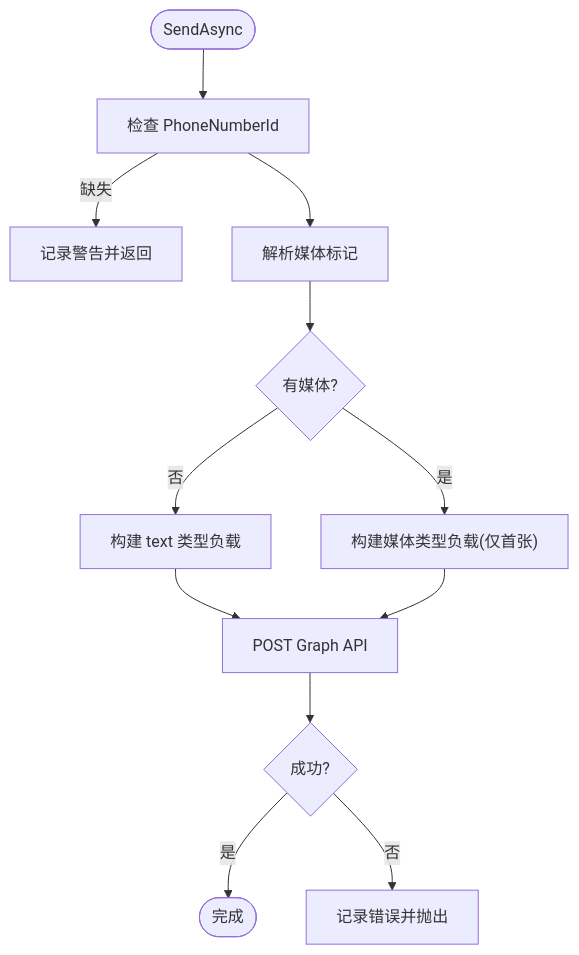
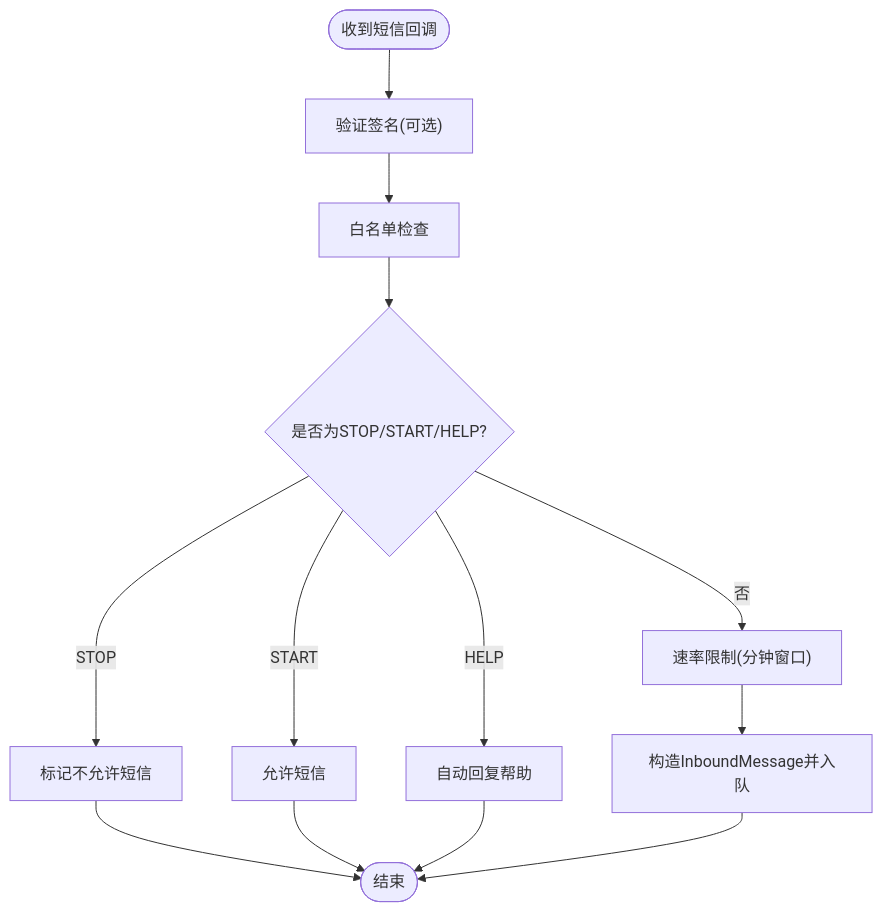
The eighth of 9 diagrams in .qoder/repowiki/zh/content/通信渠道/通信渠道.md (wayyet/kingcrab), drawn with Mermaid before and after one commit. The commit also changed other lines of this file and 431 other files, not shown here.

````diff
--- a/.qoder/repowiki/zh/content/通信渠道/通信渠道.md
+++ b/.qoder/repowiki/zh/content/通信渠道/通信渠道.md
@@ -302,14 +236,15 @@
 ```mermaid
 flowchart TD
-Start(["SendAsync"]) --> CheckPN["检查 PhoneNumberId"]
-CheckPN --> |缺失| Warn["记录警告并返回"]
-CheckPN --> Parse["解析媒体标记"]
-Parse --> HasMedia{"有媒体?"}
-HasMedia --> |否| BuildText["构建 text 类型负载"]
-HasMedia --> |是| BuildMedia["构建媒体类型负载(仅首张)"]
-BuildText --> Post["POST Graph API"]
-BuildMedia --> Post
-Post --> Resp{"成功?"}
-Resp --> |是| Done(["完成"])
-Resp --> |否| LogErr["记录错误并抛出"]
+Start(["收到短信回调"]) --> Verify["验证签名(可选)"]
+Verify --> Whitelist["白名单检查"]
+Whitelist --> Keyword{"是否为STOP/START/HELP?"}
+Keyword --> |STOP| DoNotText["标记不允许短信"]
+Keyword --> |START| AllowText["允许短信"]
+Keyword --> |HELP| AutoReply["自动回复帮助"]
+Keyword --> |否| RateLimit["速率限制(分钟窗口)"]
+RateLimit --> Enqueue["构造InboundMessage并入队"]
+DoNotText --> End(["结束"])
+AllowText --> End
+AutoReply --> End
+Enqueue --> End
 ```
````
